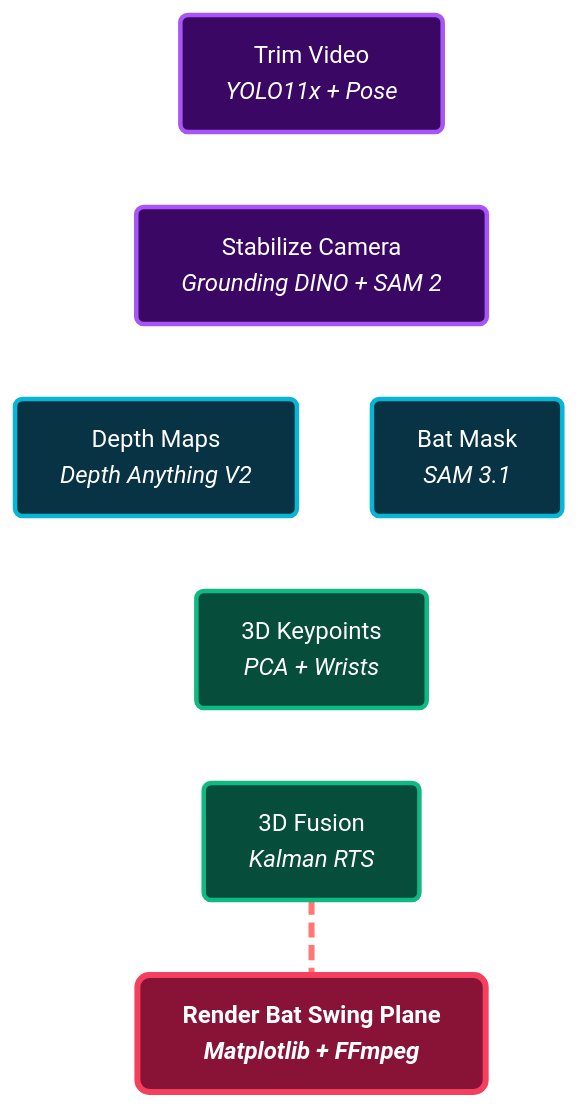
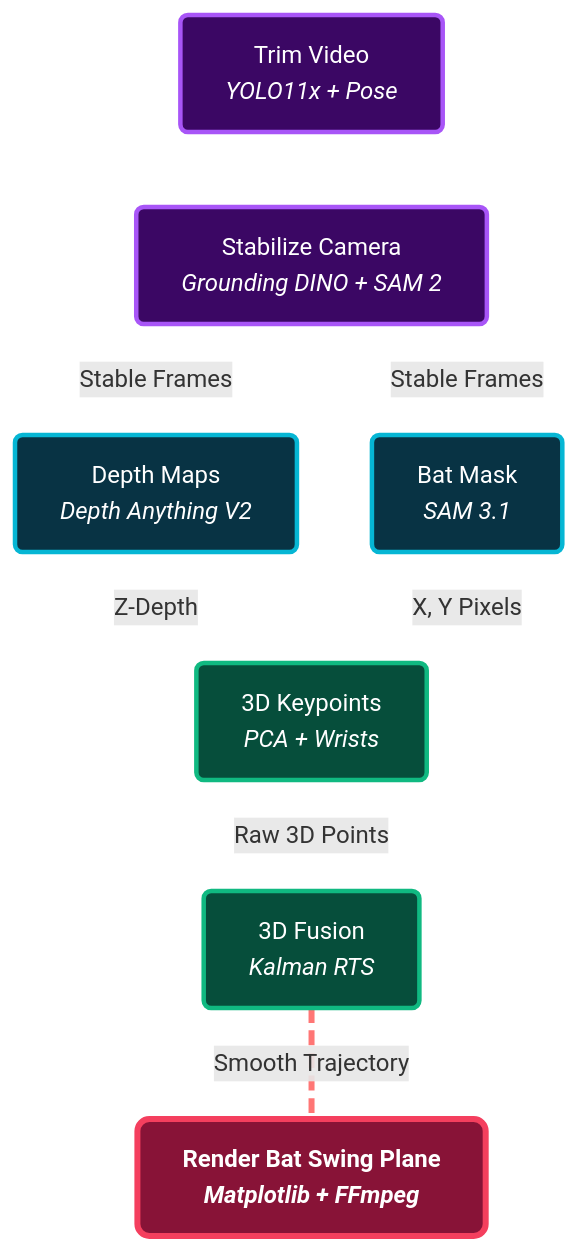
The fifth of 5 diagrams in pipeline_diagrams.md (adnanmsk/blog_privew), drawn with Mermaid before and after one commit.

Commit message:
Restore text labels to arrows in Option 5

````diff
--- a/pipeline_diagrams.md
+++ b/pipeline_diagrams.md
@@ -150,24 +150,24 @@
 ```mermaid
 graph TD
     %% Custom Premium Styles
     classDef prep fill:#3b0764,stroke:#a855f7,color:#fff,stroke-width:3px,rx:5px,ry:5px;
     classDef infer fill:#083344,stroke:#06b6d4,color:#fff,stroke-width:3px,rx:5px,ry:5px;
     classDef phys fill:#064e3b,stroke:#10b981,color:#fff,stroke-width:3px,rx:5px,ry:5px;
     classDef out fill:#881337,stroke:#f43f5e,color:#fff,stroke-width:4px,rx:8px,ry:8px,font-weight:bold;
 
     T["Trim Video<br><i>YOLO11x + Pose</i>"]:::prep --> S["Stabilize Camera<br><i>Grounding DINO + SAM 2</i>"]:::prep
     
-    S --> D["Depth Maps<br><i>Depth Anything V2</i>"]:::infer
-    S --> Seg["Bat Mask<br><i>SAM 3.1</i>"]:::infer
+    S -- "Stable Frames" --> D["Depth Maps<br><i>Depth Anything V2</i>"]:::infer
+    S -- "Stable Frames" --> Seg["Bat Mask<br><i>SAM 3.1</i>"]:::infer
     
-    D --> K["3D Keypoints<br><i>PCA + Wrists</i>"]:::phys
-    Seg --> K
+    D -- "Z-Depth" --> K["3D Keypoints<br><i>PCA + Wrists</i>"]:::phys
+    Seg -- "X, Y Pixels" --> K
     
-    K --> F["3D Fusion<br><i>Kalman RTS</i>"]:::phys
+    K -- "Raw 3D Points" --> F["3D Fusion<br><i>Kalman RTS</i>"]:::phys
     
-    F === R["Render Bat Swing Plane<br><i>Matplotlib + FFmpeg</i>"]:::out
+    F == "Smooth Trajectory" === R["Render Bat Swing Plane<br><i>Matplotlib + FFmpeg</i>"]:::out
 
     %% Animation like Option 3
     linkStyle 0,1,2,3,4,5 stroke:#fff,stroke-width:2px,stroke-dasharray: 8 4;
     linkStyle 6 stroke:#ff7675,stroke-width:4px,stroke-dasharray: 10 5;
 ```
````
